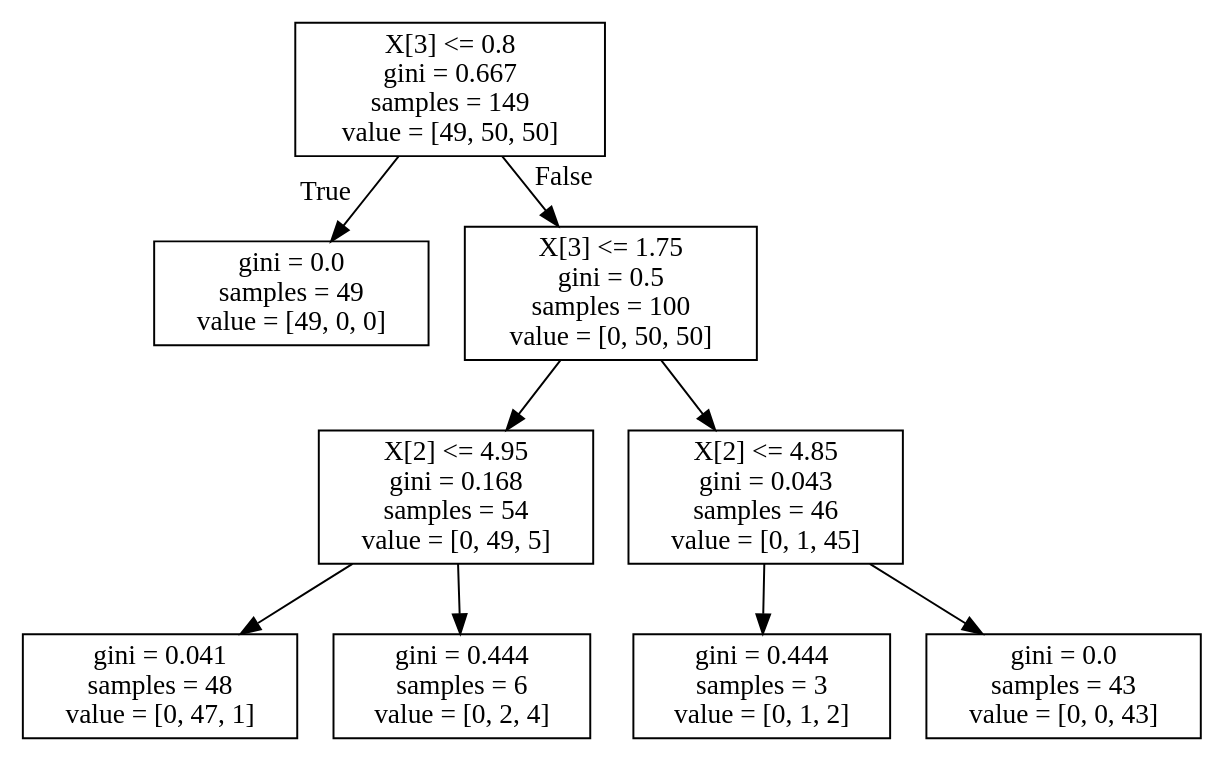
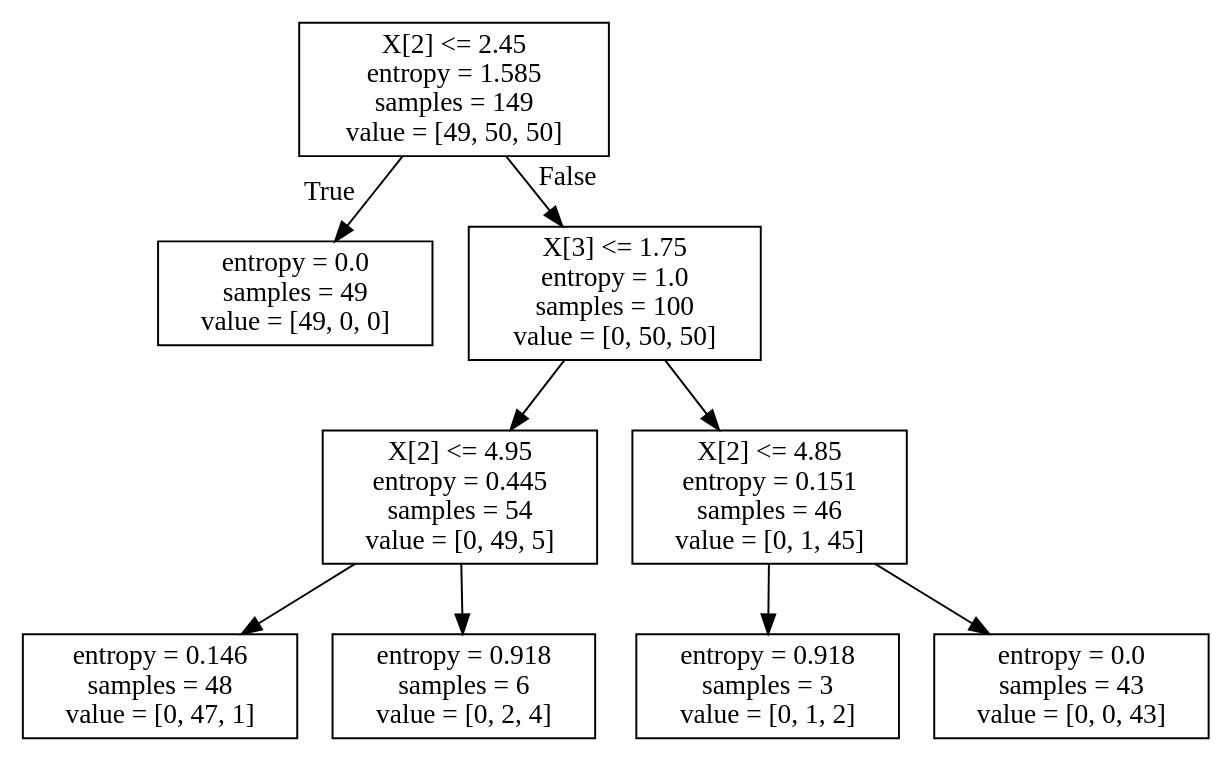
Before and after one commit to gkuwanto/Data-Analysis-and-Machine-Learning-Projects: the diagram in example-data-science-notebook/iris_dtc.dot, drawn with Graphviz. The commit also changed 1 other file, not shown here.

```diff
--- a/example-data-science-notebook/iris_dtc.dot
+++ b/example-data-science-notebook/iris_dtc.dot
@@ -1,20 +1,20 @@
 digraph Tree {
 node [shape=box] ;
-0 [label="X[3] <= 0.8\ngini = 0.667\nsamples = 149\nvalue = [49, 50, 50]"] ;
-1 [label="gini = 0.0\nsamples = 49\nvalue = [49, 0, 0]"] ;
+0 [label="X[2] <= 2.45\nentropy = 1.585\nsamples = 149\nvalue = [49, 50, 50]"] ;
+1 [label="entropy = 0.0\nsamples = 49\nvalue = [49, 0, 0]"] ;
 0 -> 1 [labeldistance=2.5, labelangle=45, headlabel="True"] ;
-2 [label="X[3] <= 1.75\ngini = 0.5\nsamples = 100\nvalue = [0, 50, 50]"] ;
+2 [label="X[3] <= 1.75\nentropy = 1.0\nsamples = 100\nvalue = [0, 50, 50]"] ;
 0 -> 2 [labeldistance=2.5, labelangle=-45, headlabel="False"] ;
-3 [label="X[2] <= 4.95\ngini = 0.168\nsamples = 54\nvalue = [0, 49, 5]"] ;
+3 [label="X[2] <= 4.95\nentropy = 0.445\nsamples = 54\nvalue = [0, 49, 5]"] ;
 2 -> 3 ;
-4 [label="gini = 0.041\nsamples = 48\nvalue = [0, 47, 1]"] ;
+4 [label="entropy = 0.146\nsamples = 48\nvalue = [0, 47, 1]"] ;
 3 -> 4 ;
-5 [label="gini = 0.444\nsamples = 6\nvalue = [0, 2, 4]"] ;
+5 [label="entropy = 0.918\nsamples = 6\nvalue = [0, 2, 4]"] ;
 3 -> 5 ;
-6 [label="X[2] <= 4.85\ngini = 0.043\nsamples = 46\nvalue = [0, 1, 45]"] ;
+6 [label="X[2] <= 4.85\nentropy = 0.151\nsamples = 46\nvalue = [0, 1, 45]"] ;
 2 -> 6 ;
-7 [label="gini = 0.444\nsamples = 3\nvalue = [0, 1, 2]"] ;
+7 [label="entropy = 0.918\nsamples = 3\nvalue = [0, 1, 2]"] ;
 6 -> 7 ;
-8 [label="gini = 0.0\nsamples = 43\nvalue = [0, 0, 43]"] ;
+8 [label="entropy = 0.0\nsamples = 43\nvalue = [0, 0, 43]"] ;
 6 -> 8 ;
 }
```
